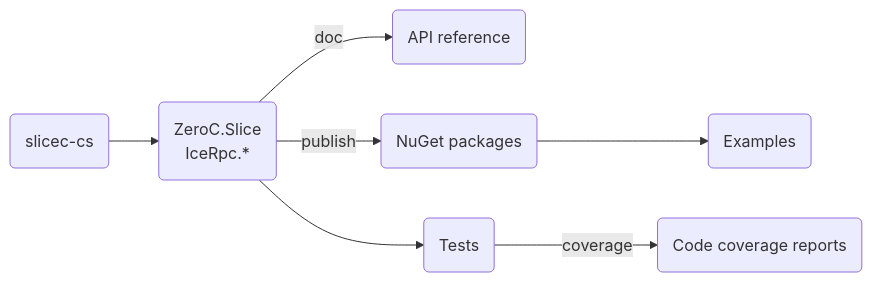
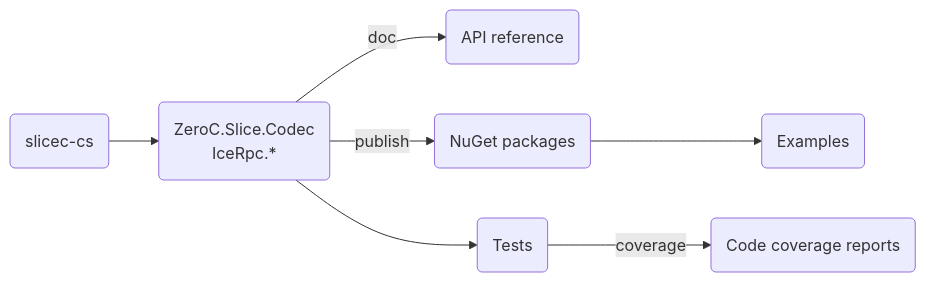
The diagram in BUILDING.md (icerpc/icerpc-csharp), drawn with Mermaid before and after one commit. The commit also changed 173 other files, not shown here.

Commit message:
Rename ZeroC.Slice -> ZeroC.Slice.Codec

````diff
--- a/BUILDING.md
+++ b/BUILDING.md
@@ -61,7 +61,7 @@
 ```mermaid
 flowchart LR
-    compiler(slicec-cs) --> icerpc(ZeroC.Slice<br>IceRpc.*)
+    compiler(slicec-cs) --> icerpc(ZeroC.Slice.Codec<br>IceRpc.*)
     icerpc -- doc --> api(API reference)
     icerpc -- publish --> nuget(NuGet packages) --> examples(Examples)
     icerpc --> tests(Tests) -- coverage --> cov(Code coverage reports)
 ```
````
